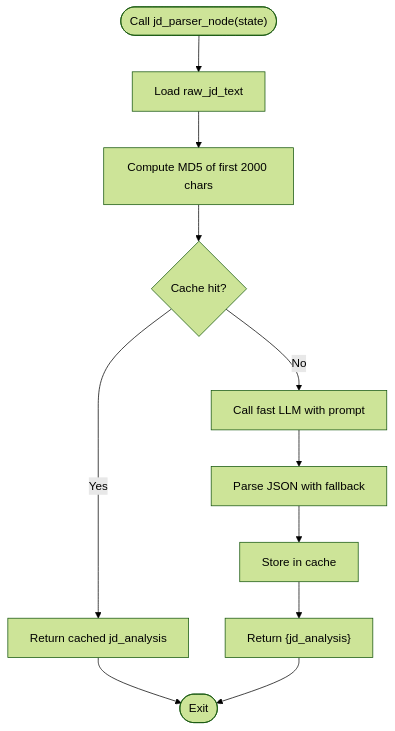
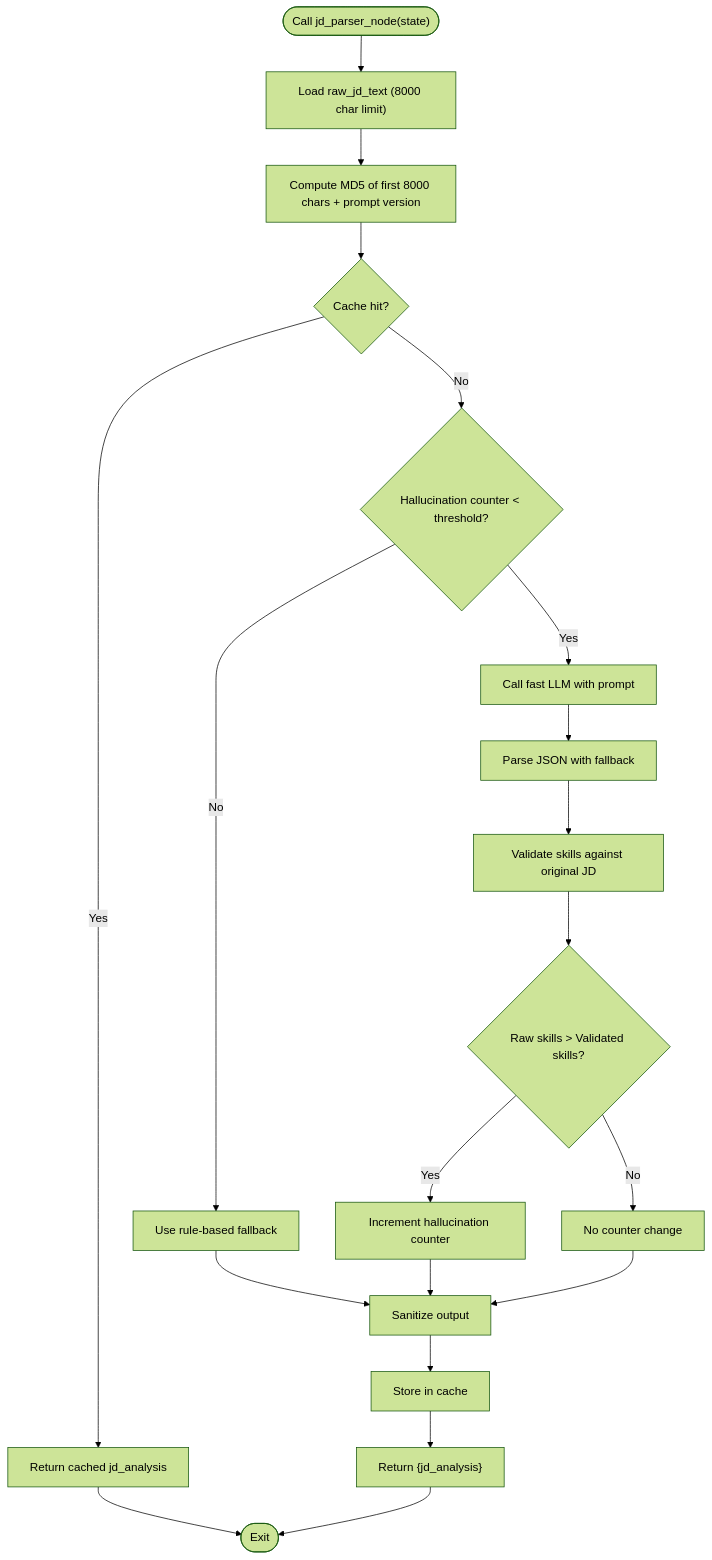
One commit to Revanththetalogics/aireume changed the fourth of 7 diagrams in .qoder/repowiki/en/content/Analysis Engine/Agent Pipeline (LangGraph).md. Above: the diagram before and after it, drawn with Mermaid (forest theme). The commit also changed other lines of this file and 15 other files, not shown here.

````diff
--- a/.qoder/repowiki/en/content/Analysis Engine/Agent Pipeline (LangGraph).md
+++ b/.qoder/repowiki/en/content/Analysis Engine/Agent Pipeline (LangGraph).md
@@ -165,13 +185,22 @@
 ```mermaid
 flowchart TD
-Start(["Call jd_parser_node(state)"]) --> LoadJD["Load raw_jd_text"]
-LoadJD --> CacheKey["Compute MD5 of first 2000 chars"]
+Start(["Call jd_parser_node(state)"]) --> LoadJD["Load raw_jd_text (8000 char limit)"]
+LoadJD --> CacheKey["Compute MD5 of first 8000 chars + prompt version"]
 CacheKey --> CacheHit{"Cache hit?"}
 CacheHit --> |Yes| ReturnCache["Return cached jd_analysis"]
-CacheHit --> |No| CallLLM["Call fast LLM with prompt"]
+CacheHit --> |No| CheckCounter{"Hallucination counter < threshold?"}
+CheckCounter --> |Yes| CallLLM["Call fast LLM with prompt"]
+CheckCounter --> |No| RuleFallback["Use rule-based fallback"]
 CallLLM --> Parse["Parse JSON with fallback"]
-Parse --> StoreCache["Store in cache"]
+Parse --> ValidateSkills["Validate skills against original JD"]
+ValidateSkills --> DetectHallucination{"Raw skills > Validated skills?"}
+DetectHallucination --> |Yes| IncrementCounter["Increment hallucination counter"]
+DetectHallucination --> |No| NoCounterChange["No counter change"]
+RuleFallback --> Sanitize["Sanitize output"]
+IncrementCounter --> Sanitize
+NoCounterChange --> Sanitize
+Sanitize --> StoreCache["Store in cache"]
 StoreCache --> ReturnState["Return {jd_analysis}"]
 ReturnCache --> End(["Exit"])
 ReturnState --> End
 ```
````
